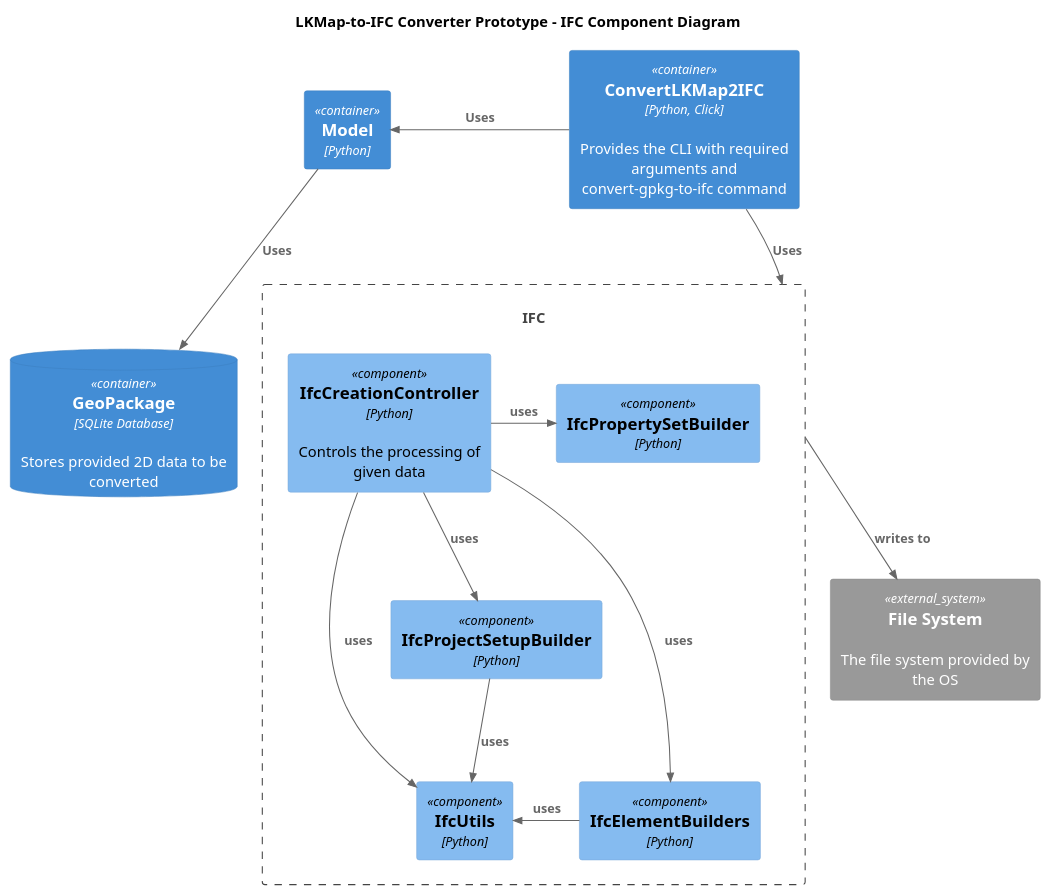
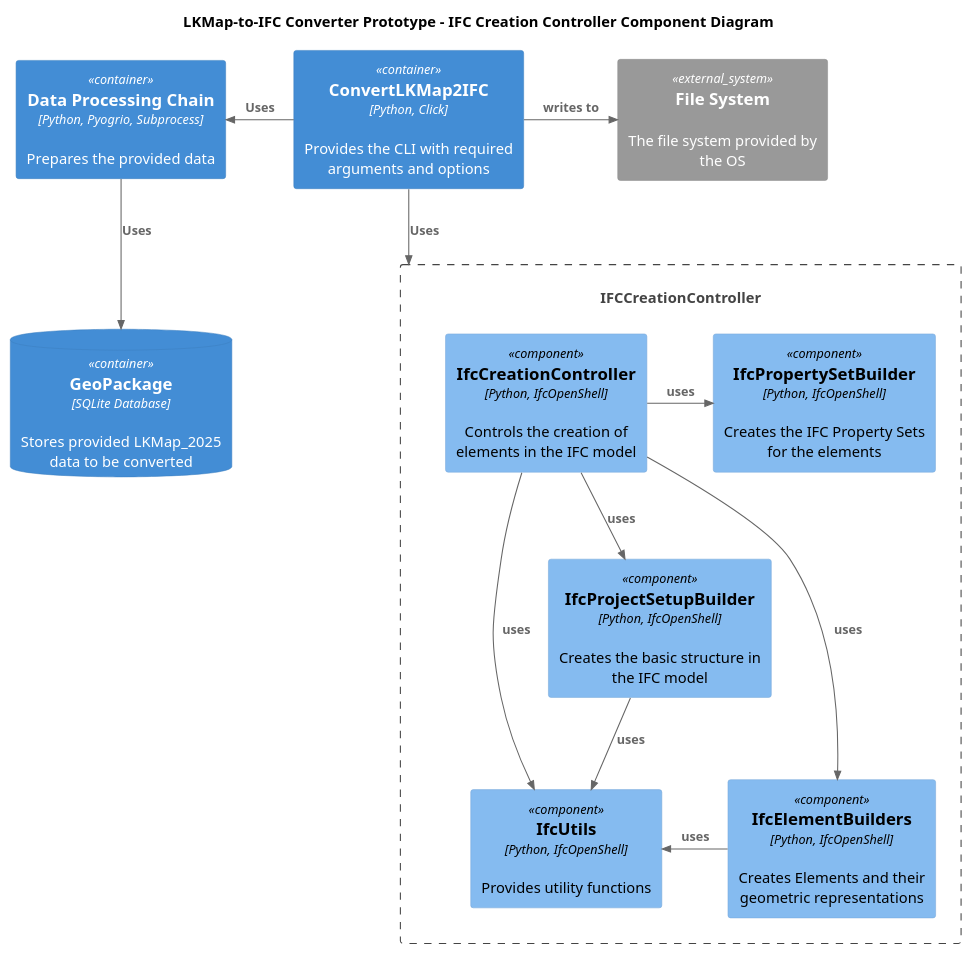
One commit to jmaier241117/LKMap2025_to_IFC_cli changed the diagram in resources/IFCComponentDiagram.puml. Above: the diagram before and after it, drawn with PlantUML. The commit also changed 10 other files, not shown here.

```diff
--- a/resources/IFCComponentDiagram.puml
+++ b/resources/IFCComponentDiagram.puml
@@ -1,32 +1,32 @@
 @startuml
 !include C4_Component.puml
 
-title LKMap-to-IFC Converter Prototype - IFC Component Diagram
+title LKMap-to-IFC Converter Prototype - IFC Creation Controller Component Diagram
 
-Container(cli, "ConvertLKMap2IFC", "Python, Click", "Provides the CLI with required arguments and convert-gpkg-to-ifc command")
-Container(modelController, "Model", "Python", "")
+Container(cli, "ConvertLKMap2IFC", "Python, Click", "Provides the CLI with required arguments and options")
+Container(modelController, "Data Processing Chain", "Python, Pyogrio, Subprocess", "Prepares the provided data")
 ContainerDb(geoPackage, "GeoPackage", "SQLite Database", "Stores provided 2D data to be converted")
 Rel_L(cli, modelController, "Uses")
-Rel(cli, IFC, "Uses")
+Rel(cli, IFCCreationController, "Uses")
 
-Container_Boundary(IFC, "IFC") {
-    Component(ifcCreationController, "IfcCreationController", "Python", "Controls the processing of given data")
-    Component(ifcElementBuilders, "IfcElementBuilders", "Python", "")
-    Component(ifcProjectSetupBuilder, "IfcProjectSetupBuilder", "Python", "")
-    Component(ifcPropertySetBuilder, "IfcPropertySetBuilder", "Python", "")
-    Component(ifcUtils, "IfcUtils", "Python", "")
+Container_Boundary(IFCCreationController, "IFC Creation Controller") {
+    Component(ifcCreationController, "IfcCreationController", "Python, IfcOpenShell", "Controls the creation of elements in the IFC model")
+    Component(ifcElementBuilders, "IfcElementBuilders", "Python, IfcOpenShell", "Creates Elements and their geometric representations")
+    Component(ifcProjectSetupBuilder, "IfcProjectSetupBuilder", "Python, IfcOpenShell", "Creates the basic structure in the IFC model")
+    Component(ifcPropertySetBuilder, "IfcPropertySetBuilder", "Python, IfcOpenShell", "Creates the IFC Property Sets for the elements")
+    Component(ifcUtils, "IfcUtils", "Python, IfcOpenShell", "Provides utility functions")
     Rel(ifcCreationController, ifcElementBuilders, "uses")
     Rel(ifcCreationController, ifcProjectSetupBuilder, "uses")
     Rel(ifcCreationController, ifcUtils, "uses")
     Rel_L(ifcElementBuilders, ifcUtils, "uses")
     Rel(ifcProjectSetupBuilder, ifcUtils, "uses")
     Rel_R(ifcCreationController, ifcPropertySetBuilder, "uses")
 }
 System_Ext(filesystem, "File System", "The file system provided by the OS")
-ContainerDb(geoPackage, "GeoPackage", "SQLite Database", "Stores provided 2D data to be converted")
+ContainerDb(geoPackage, "GeoPackage", "SQLite Database", "Stores provided LKMap_2025 data to be converted")
 
 Rel(modelController, geoPackage, "Uses")
-Rel(IFC, filesystem, "writes to")
+Rel_R(cli, filesystem, "writes to")
 
 
 @enduml
```
